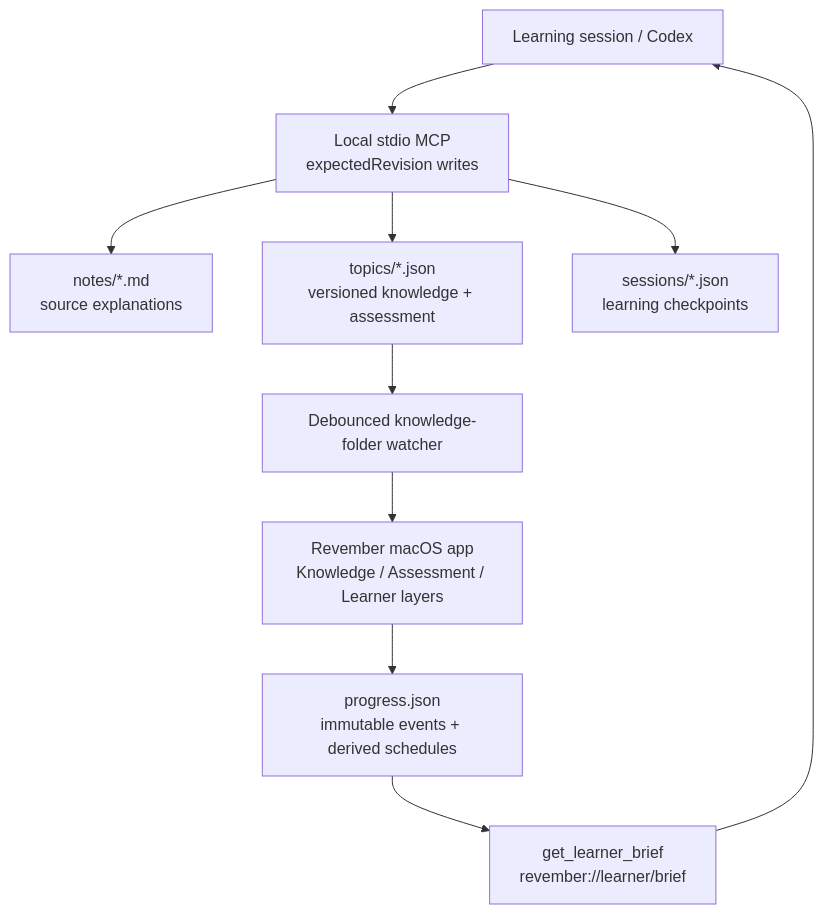
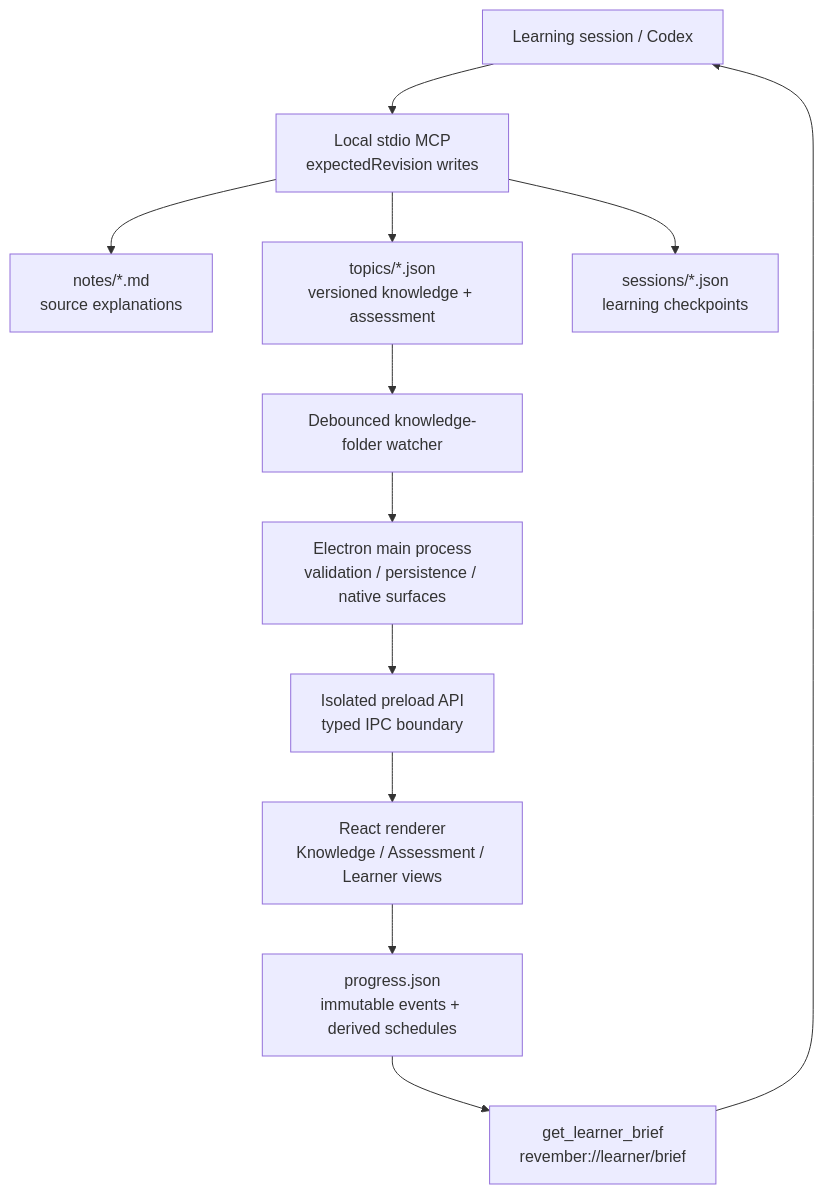
One commit to YashVG/revember_v2 changed the diagram in docs/architecture/closed-loop-learning-system.md. Above: the diagram before and after it, drawn with Mermaid. The commit also changed other lines of this file and 78 other files, not shown here.

Commit message:
Migrate Revember to Electron

````diff
--- a/docs/architecture/closed-loop-learning-system.md
+++ b/docs/architecture/closed-loop-learning-system.md
@@ -5,19 +5,21 @@
 ```mermaid
 flowchart TD
     codex["Learning session / Codex"]
     mcp["Local stdio MCP<br/>expectedRevision writes"]
     notes["notes/*.md<br/>source explanations"]
     topics["topics/*.json<br/>versioned knowledge + assessment"]
     sessions["sessions/*.json<br/>learning checkpoints"]
     watcher["Debounced knowledge-folder watcher"]
-    app["Revember macOS app<br/>Knowledge / Assessment / Learner layers"]
+    main["Electron main process<br/>validation / persistence / native surfaces"]
+    preload["Isolated preload API<br/>typed IPC boundary"]
+    app["React renderer<br/>Knowledge / Assessment / Learner views"]
     progress["progress.json<br/>immutable events + derived schedules"]
     brief["get_learner_brief<br/>revember://learner/brief"]
 
     codex --> mcp
     mcp --> notes
     mcp --> topics
     mcp --> sessions
-    topics --> watcher --> app
+    topics --> watcher --> main --> preload --> app
     app --> progress --> brief --> codex
 ```
````
